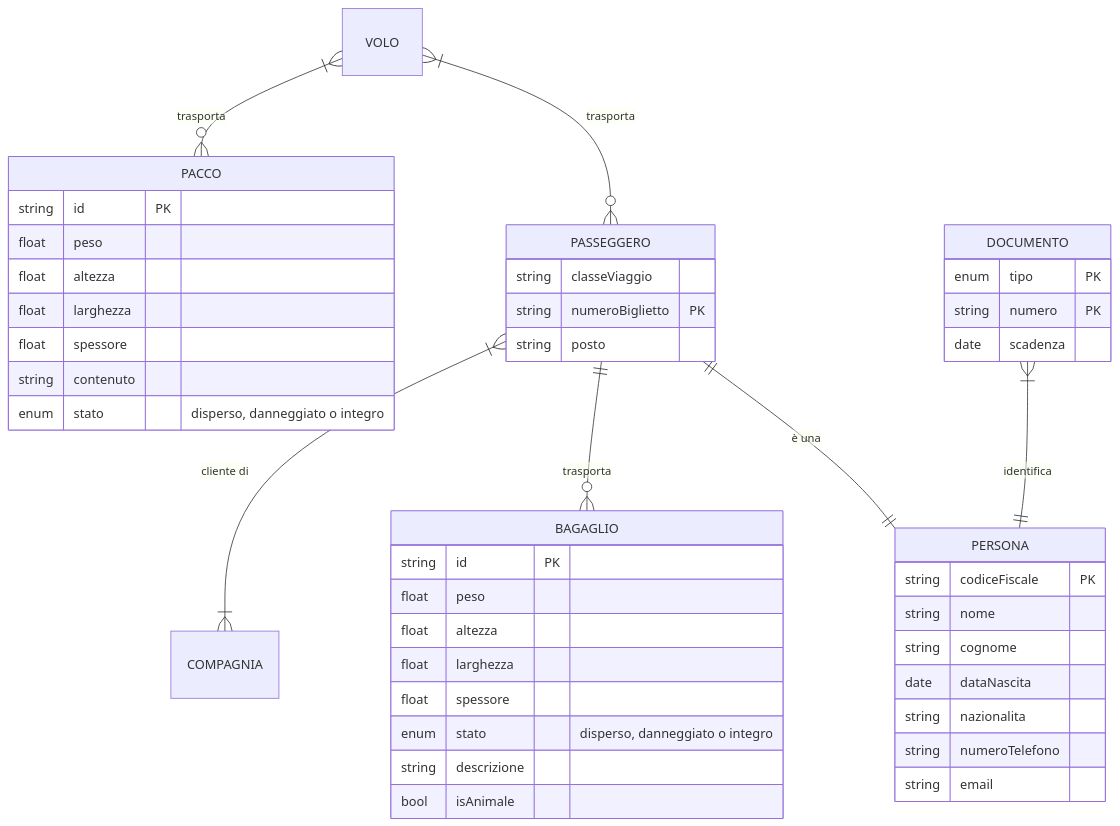
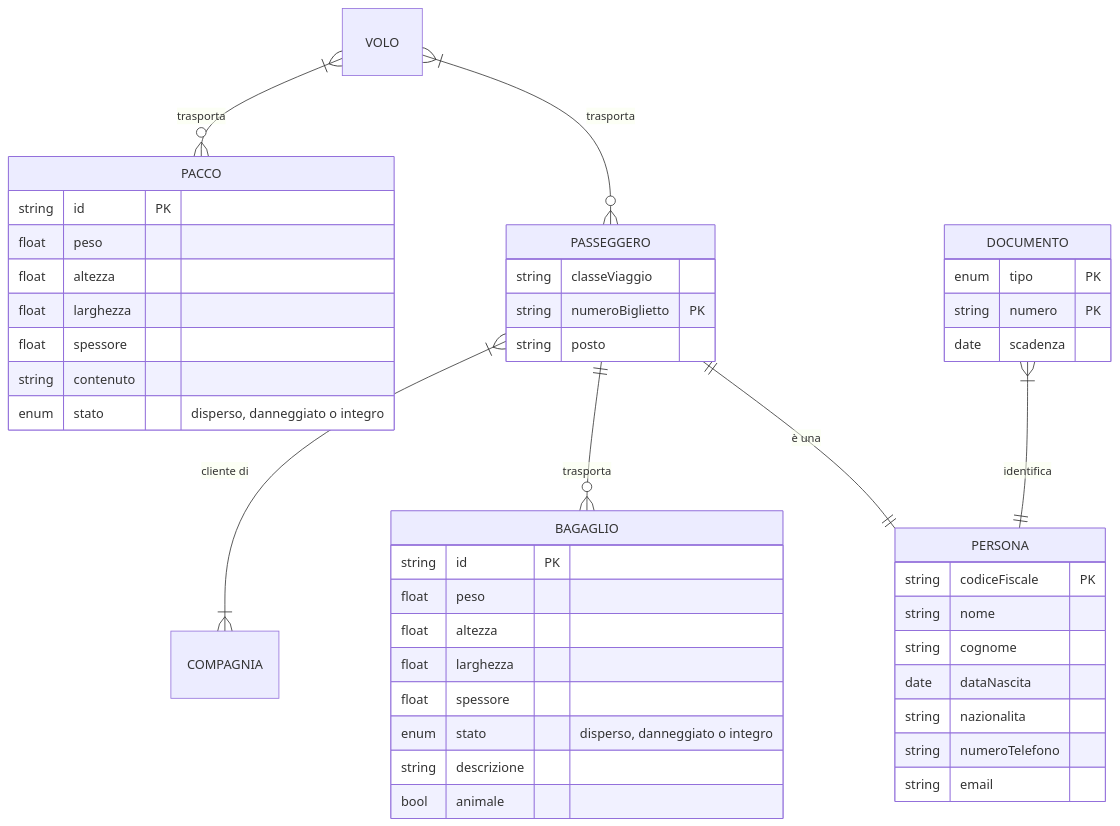
One commit to Diebbo/aereodb changed the third of 7 diagrams in RELAZIONE.md. Above: the diagram before and after it, drawn with Mermaid. The commit also changed other lines of this file, not shown here.

````diff
--- a/RELAZIONE.md
+++ b/RELAZIONE.md
@@ -260,50 +260,50 @@
 ```mermaid
 erDiagram
     VOLO }|--o{ PASSEGGERO: "trasporta"
     VOLO }|--o{ PACCO: "trasporta"
 
     PASSEGGERO ||--|| PERSONA: "è una"
     PASSEGGERO ||--o{ BAGAGLIO: "trasporta"
     PASSEGGERO }|--|{ COMPAGNIA: "cliente di"
 
     DOCUMENTO }|--|| PERSONA: "identifica"
 
     PACCO {
         string id PK
         float peso
         float altezza
         float larghezza
         float spessore
         string contenuto
         enum stato "disperso, danneggiato o integro"
     }
     PERSONA {
         string codiceFiscale PK
         string nome
         string cognome
         date dataNascita
         string nazionalita
         string numeroTelefono
         string email
     }
     PASSEGGERO {
         string classeViaggio
         string numeroBiglietto PK
         string posto
     }
     BAGAGLIO {
         string id PK
         float peso
         float altezza
         float larghezza
         float spessore
         enum stato "disperso, danneggiato o integro"
         string descrizione
-        bool isAnimale
+        bool animale
     }
     DOCUMENTO {
         enum tipo PK
         string numero PK
         date scadenza
     }
 ```
````
